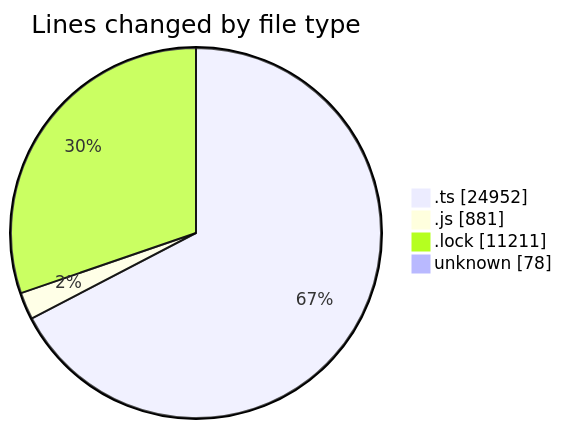
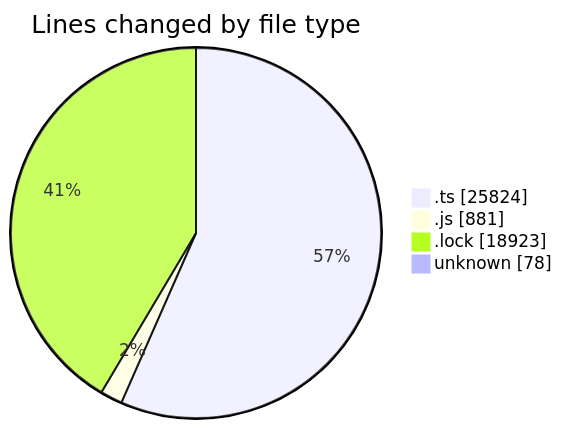
Before and after one commit to momahboobian/code-tracking: the first of 2 diagrams in 2025-05-20/cda/README.md, drawn with Mermaid. The commit also changed other lines of this file and 1 other file, not shown here.

````diff
--- a/2025-05-20/cda/README.md
+++ b/2025-05-20/cda/README.md
@@ -38,8 +38,8 @@
 ```mermaid
 pie showData
 title Lines changed by file type
-".ts" : 24952
+".ts" : 25824
 ".js" : 881
-".lock" : 11211
+".lock" : 18923
 "unknown" : 78
 ```
````
